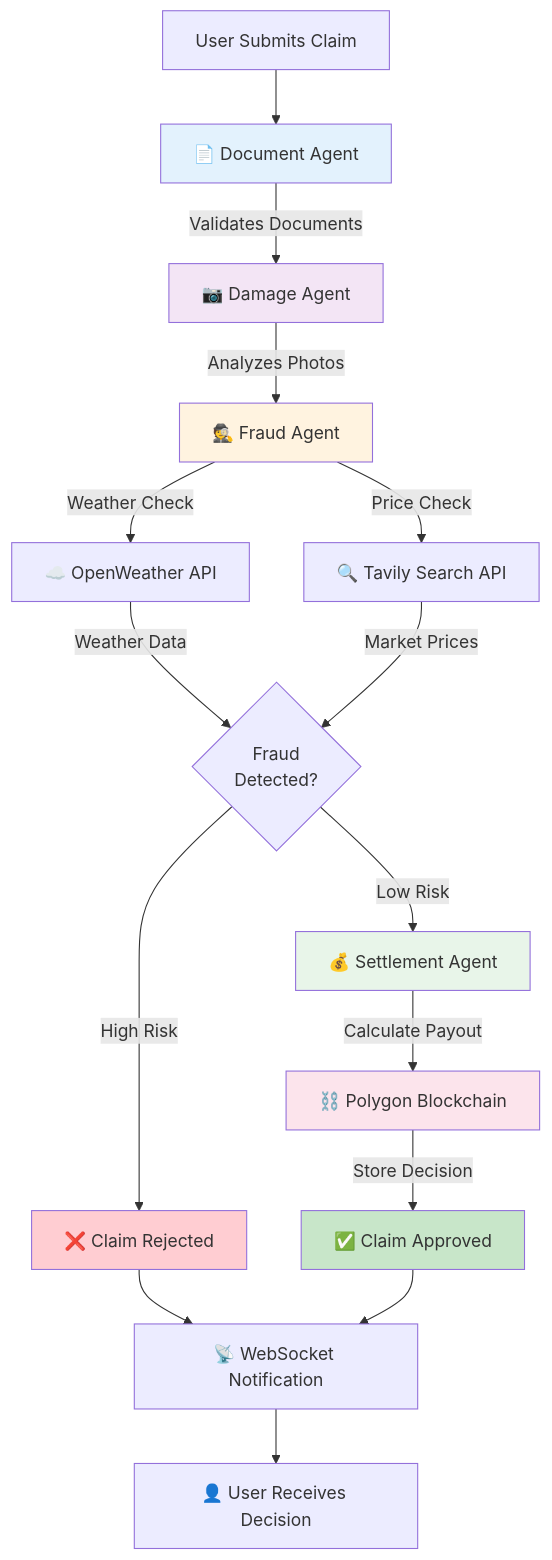
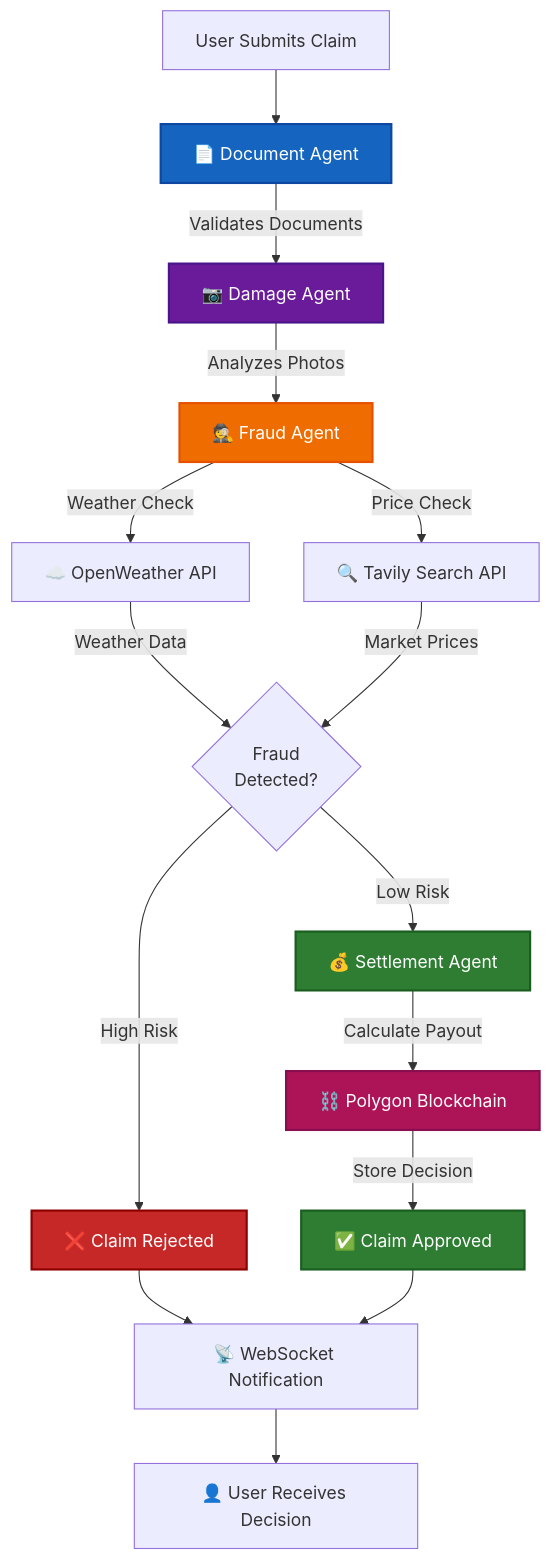
One commit to HORRIDBEAST/DecDemo changed the first of 2 diagrams in README.md. Above: the diagram before and after it, drawn with Mermaid. The commit also changed other lines of this file, not shown here.

Commit message:
Refine README content and formatting
Added Youtube Link and Updated Mermaid Graph to suit color visiblity

````diff
--- a/README.md
+++ b/README.md
@@ -77,31 +79,35 @@
 ```mermaid
 graph TB
     Start[User Submits Claim] --> DocAgent[📄 Document Agent]
     DocAgent -->|Validates Documents| DamageAgent[📷 Damage Agent]
     
     DamageAgent -->|Analyzes Photos| FraudAgent[🕵️ Fraud Agent]
     
     FraudAgent -->|Weather Check| WeatherAPI[☁️ OpenWeather API]
     FraudAgent -->|Price Check| TavilyAPI[🔍 Tavily Search API]
     
     WeatherAPI -->|Weather Data| FraudDecision{Fraud<br/>Detected?}
     TavilyAPI -->|Market Prices| FraudDecision
     
     FraudDecision -->|High Risk| Reject[❌ Claim Rejected]
     FraudDecision -->|Low Risk| SettlementAgent[💰 Settlement Agent]
     
     SettlementAgent -->|Calculate Payout| Blockchain[⛓️ Polygon Blockchain]
     Blockchain -->|Store Decision| Approve[✅ Claim Approved]
     
     Reject --> WebSocket[📡 WebSocket Notification]
     Approve --> WebSocket
     WebSocket --> User[👤 User Receives Decision]
-    
-    style DocAgent fill:#e3f2fd
-    style DamageAgent fill:#f3e5f5
-    style FraudAgent fill:#fff3e0
-    style SettlementAgent fill:#e8f5e9
-    style Blockchain fill:#fce4ec
-    style Approve fill:#c8e6c9
-    style Reject fill:#ffcdd2
+
+    %% Darker Agent Colors for Better Text Visibility
+    style DocAgent fill:#1565C0,color:#ffffff,stroke:#0D47A1,stroke-width:2px
+    style DamageAgent fill:#6A1B9A,color:#ffffff,stroke:#4A148C,stroke-width:2px
+    style FraudAgent fill:#EF6C00,color:#ffffff,stroke:#E65100,stroke-width:2px
+    style SettlementAgent fill:#2E7D32,color:#ffffff,stroke:#1B5E20,stroke-width:2px
+    style Blockchain fill:#AD1457,color:#ffffff,stroke:#880E4F,stroke-width:2px
+
+    %% Improve Approved / Rejected Contrast
+    style Approve fill:#2E7D32,color:#ffffff,stroke:#1B5E20,stroke-width:2px
+    style Reject fill:#C62828,color:#ffffff,stroke:#8E0000,stroke-width:2px
+
 ```
````
